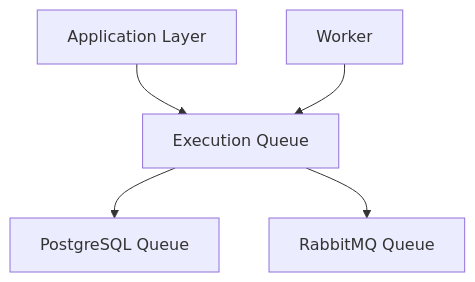
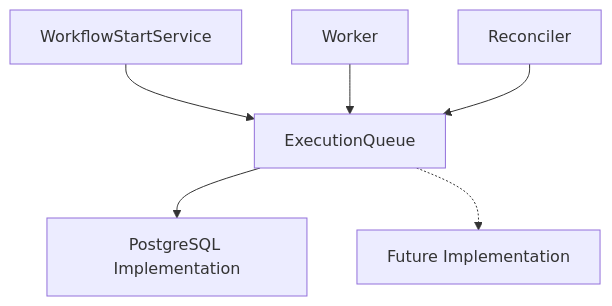
Before and after one commit to Devin8407/Automation-Platform: the diagram in docs/architecture/execution-queue.md, drawn with Mermaid. The commit also changed other lines of this file and 44 other files, not shown here.

````diff
--- a/docs/architecture/execution-queue.md
+++ b/docs/architecture/execution-queue.md
@@ -53,20 +65,19 @@
 ```mermaid
 flowchart TD
 
-Application["Application Layer"]
+    Start["WorkflowStartService"]
+    Worker["Worker"]
+    Reconciler["Reconciler"]
 
-Queue["Execution Queue"]
+    Queue["ExecutionQueue"]
 
-Postgres["PostgreSQL Queue"]
+    Postgres["PostgreSQL Implementation"]
+    Future["Future Implementation"]
 
-Rabbit["RabbitMQ Queue"]
+    Start --> Queue
+    Worker --> Queue
+    Reconciler --> Queue
 
-Worker["Worker"]
-
-Application --> Queue
-
-Worker --> Queue
-
-Queue --> Postgres
-Queue --> Rabbit
+    Queue --> Postgres
+    Queue -.-> Future
 ```
````
